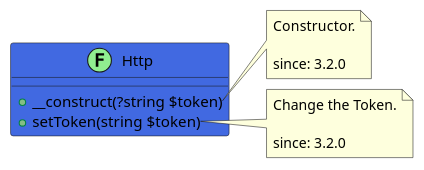
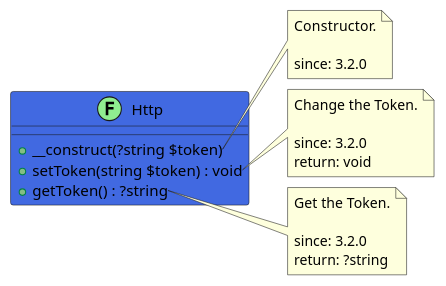
Before and after one commit to joomengine/gitea: the diagram in src/ce40b3d2-226c-4a64-b116-c19455822be1/README.md, drawn with PlantUML. The commit also changed 12 other files, not shown here.

````diff
--- a/src/ce40b3d2-226c-4a64-b116-c19455822be1/README.md
+++ b/src/ce40b3d2-226c-4a64-b116-c19455822be1/README.md
@@ -12,21 +12,30 @@
 ```uml
 @startuml
 class Http << (F,LightGreen) >> #RoyalBlue {
   + __construct(?string $token)
-  + setToken(string $token)
+  + setToken(string $token) : void
+  + getToken() : ?string
 }
 
 note right of Http::__construct
   Constructor.
 
   since: 3.2.0
 end note
 
 note right of Http::setToken
   Change the Token.
 
   since: 3.2.0
+  return: void
+end note
+
+note right of Http::getToken
+  Get the Token.
+
+  since: 3.2.0
+  return: ?string
 end note
  
 @enduml
 ```
````
